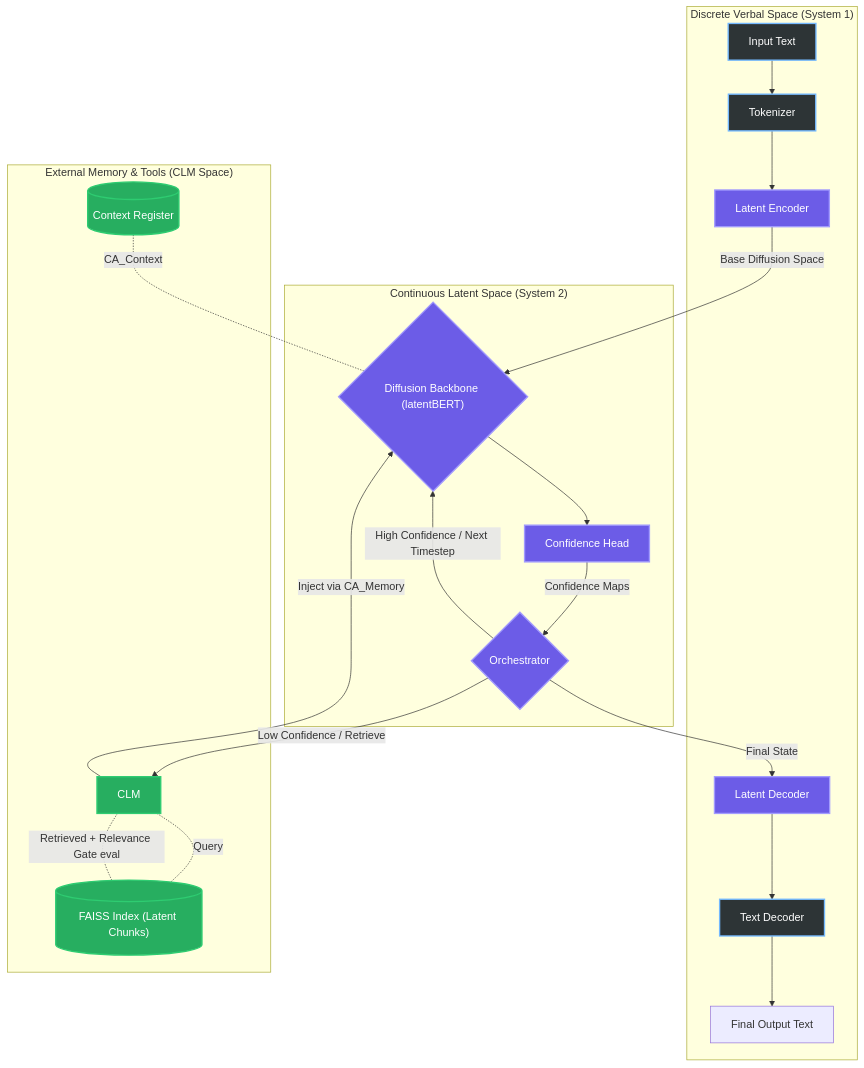
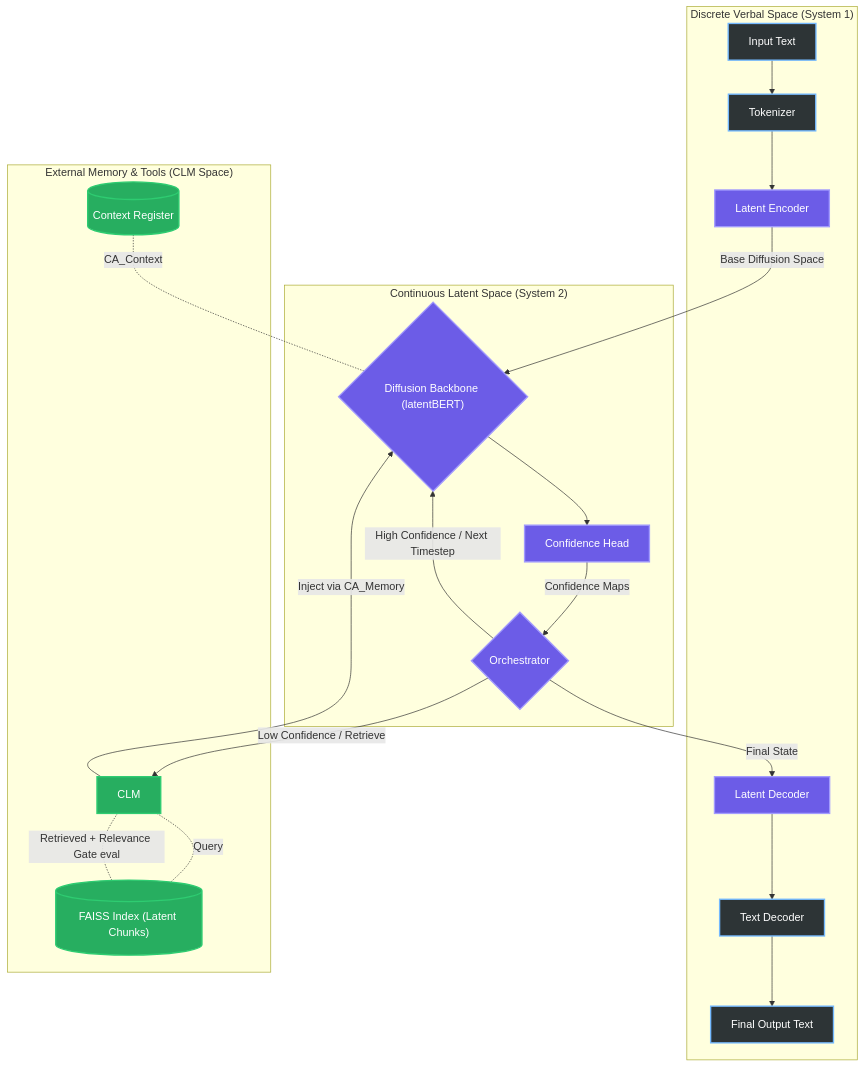
The diagram in README.md (Laeryid/BEBLaDII), drawn with Mermaid before and after one commit.

````diff
--- a/README.md
+++ b/README.md
@@ -25,35 +25,35 @@
 ```mermaid
 graph TD
     classDef verbal fill:#2d3436,stroke:#74b9ff,stroke-width:2px,color:#fff
     classDef latent fill:#6c5ce7,stroke:#a29bfe,stroke-width:2px,color:#fff
     classDef clm fill:#27ae60,stroke:#2ecc71,stroke-width:2px,color:#fff
 
     subgraph "Discrete Verbal Space (System 1)"
         A["Input Text"] --> B["Tokenizer"]
         B --> C["Latent Encoder"]
         P["Latent Decoder"] --> J["Text Decoder"]
         J --> M["Final Output Text"]
     end
 
     subgraph "Continuous Latent Space (System 2)"
         C -->|"Base Diffusion Space"| E{"Diffusion Backbone (latentBERT)"}
         
         E --> F["Confidence Head"]
         
         F -->|"Confidence Maps"| G{"Orchestrator"}
         G -->|"High Confidence / Next Timestep"| E
         G -->|"Final State"| P
     end
 
     subgraph "External Memory & Tools (CLM Space)"
         TC[("Context Register")] -.-|"CA_Context"| E
         G -->|"Low Confidence / Retrieve"| H["CLM"]
         H -.-|"Query"| I[("FAISS Index (Latent Chunks)")]
         I -.-|"Retrieved + Relevance Gate eval"| H
         H -->|"Inject via CA_Memory"| E
     end
 
-    class A,B,J verbal
+    class A,B,J,M verbal
     class C,E,F,G,P latent
     class H,I,TC clm
 ```
````
